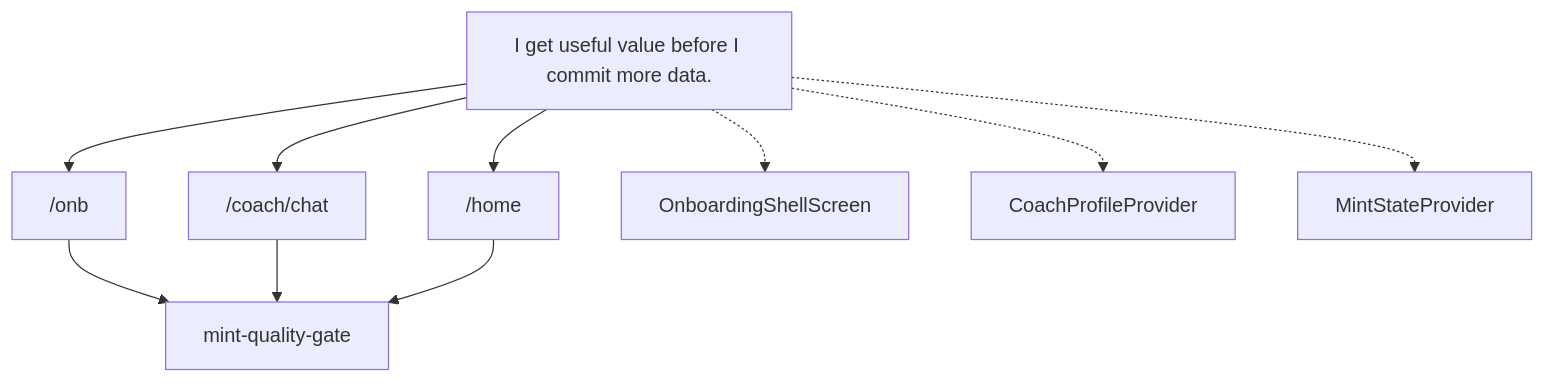
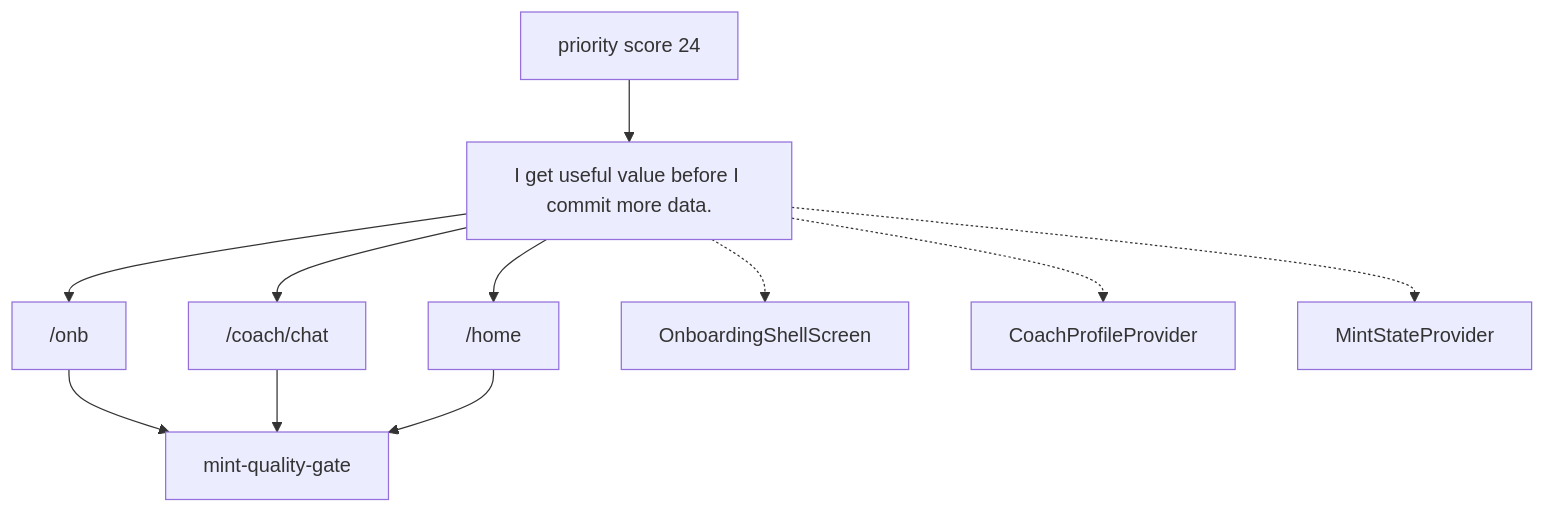
Before and after one commit to MINT-IA/MINT: the diagram in .planning/journeys/diagrams/onboarding_first_value.mmd, drawn with Mermaid. The commit also changed 15 other files, not shown here.

```diff
--- a/.planning/journeys/diagrams/onboarding_first_value.mmd
+++ b/.planning/journeys/diagrams/onboarding_first_value.mmd
@@ -1,19 +1,21 @@
 %% Generated from .planning/journeys/records/onboarding_first_value.json
 flowchart TD
   promise["I get useful value before I commit more data."]
   team["mint-quality-gate"]
+  priority["priority score 24"]
+  priority --> promise
   route_onb["/onb"]
   promise --> route_onb
   route_onb --> team
   route_coach_chat["/coach/chat"]
   promise --> route_coach_chat
   route_coach_chat --> team
   route_home["/home"]
   promise --> route_home
   route_home --> team
   surface_OnboardingShellScreen["OnboardingShellScreen"]
   promise -.-> surface_OnboardingShellScreen
   surface_CoachProfileProvider["CoachProfileProvider"]
   promise -.-> surface_CoachProfileProvider
   surface_MintStateProvider["MintStateProvider"]
   promise -.-> surface_MintStateProvider
```
